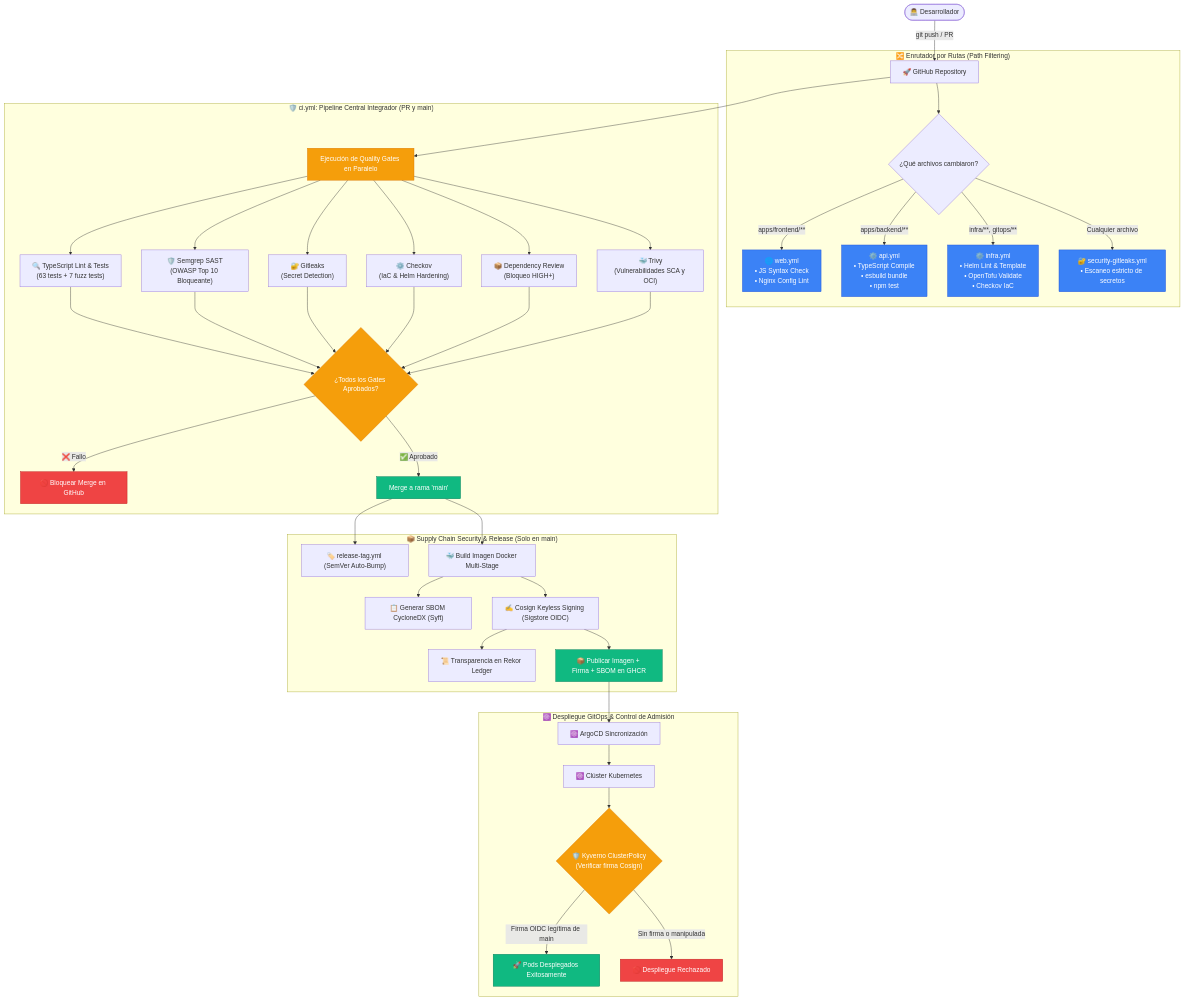
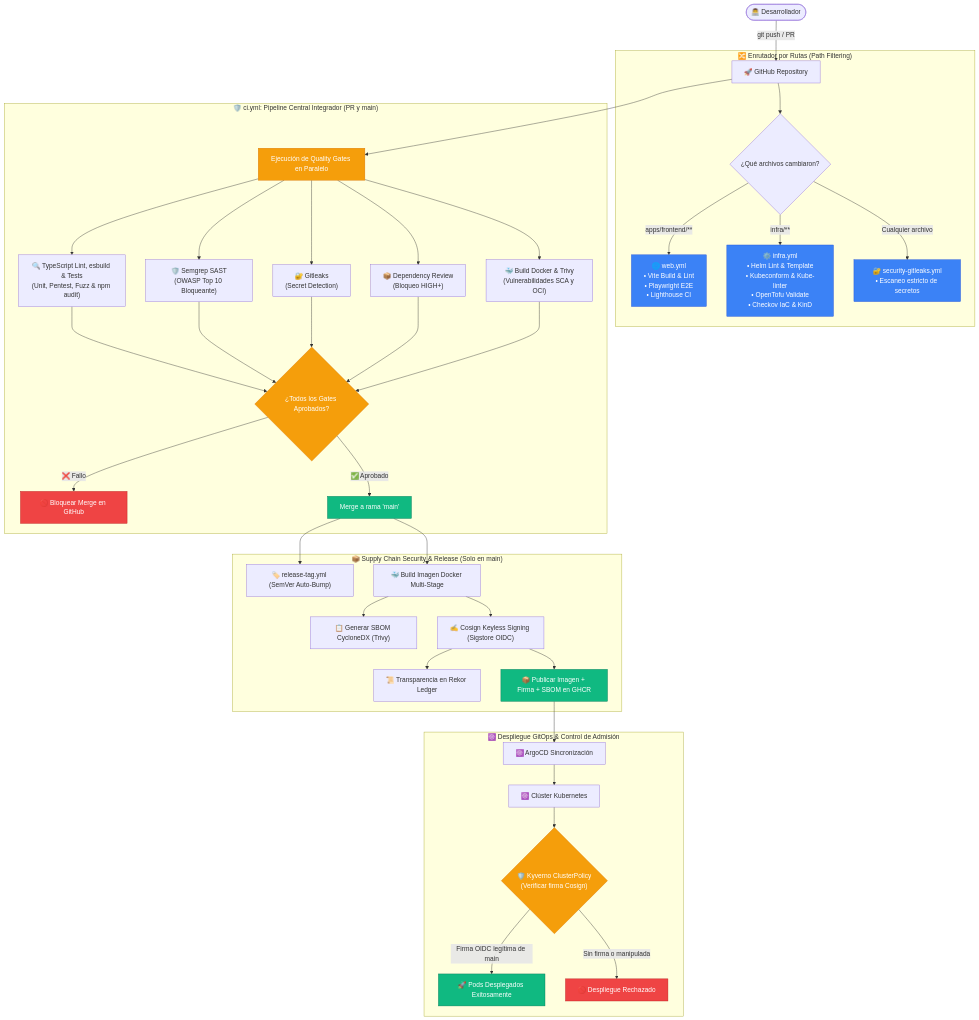
Before and after one commit to rocapellino/pokedex: the diagram in docs/devops/GITHUB_WORKFLOWS_GUIDE.md, drawn with Mermaid. The commit also changed other lines of this file and 12 other files, not shown here.

````diff
--- a/docs/devops/GITHUB_WORKFLOWS_GUIDE.md
+++ b/docs/devops/GITHUB_WORKFLOWS_GUIDE.md
@@ -43,53 +41,51 @@
 ```mermaid
 flowchart TD
     DEV(["👨‍💻 Desarrollador"]) -->|git push / PR| GH["🚀 GitHub Repository"]
     
     subgraph TRIGGER_ROUTER ["🔀 Enrutador por Rutas (Path Filtering)"]
         GH --> CHK_PATH{"¿Qué archivos cambiaron?"}
-        CHK_PATH -->|apps/frontend/**| WF_WEB["🌐 web.yml\n• JS Syntax Check\n• Nginx Config Lint"]
-        CHK_PATH -->|apps/backend/**| WF_API["⚙️ api.yml\n• TypeScript Compile\n• esbuild bundle\n• npm test"]
-        CHK_PATH -->|infra/**, gitops/**| WF_INFRA["⚙️ infra.yml\n• Helm Lint & Template\n• OpenTofu Validate\n• Checkov IaC"]
+        CHK_PATH -->|apps/frontend/**| WF_WEB["🌐 web.yml\n• Vite Build & Lint\n• Playwright E2E\n• Lighthouse CI"]
+        CHK_PATH -->|infra/**| WF_INFRA["⚙️ infra.yml\n• Helm Lint & Template\n• Kubeconform & Kube-linter\n• OpenTofu Validate\n• Checkov IaC & KinD"]
         CHK_PATH -->|Cualquier archivo| WF_LEAKS["🔐 security-gitleaks.yml\n• Escaneo estricto de secretos"]
     end
 
     subgraph CI_PIPELINE ["🛡️ ci.yml: Pipeline Central Integrador (PR y main)"]
         GH --> GATES_PARALLEL["Ejecución de Quality Gates en Paralelo"]
-        GATES_PARALLEL --> QG1["🔍 TypeScript Lint & Tests\n(63 tests + 7 fuzz tests)"]
+        GATES_PARALLEL --> QG1["🔍 TypeScript Lint, esbuild & Tests\n(Unit, Pentest, Fuzz & npm audit)"]
         GATES_PARALLEL --> QG2["🛡️ Semgrep SAST\n(OWASP Top 10 Bloqueante)"]
         GATES_PARALLEL --> QG3["🔐 Gitleaks\n(Secret Detection)"]
-        GATES_PARALLEL --> QG4["⚙️ Checkov\n(IaC & Helm Hardening)"]
-        GATES_PARALLEL --> QG5["📦 Dependency Review\n(Bloqueo HIGH+)"]
-        GATES_PARALLEL --> QG6["🐳 Trivy\n(Vulnerabilidades SCA y OCI)"]
+        GATES_PARALLEL --> QG4["📦 Dependency Review\n(Bloqueo HIGH+)"]
+        GATES_PARALLEL --> QG5["🐳 Build Docker & Trivy\n(Vulnerabilidades SCA y OCI)"]
         
-        QG1 & QG2 & QG3 & QG4 & QG5 & QG6 --> GATE_DECISION{"¿Todos los Gates Aprobados?"}
+        QG1 & QG2 & QG3 & QG4 & QG5 --> GATE_DECISION{"¿Todos los Gates Aprobados?"}
         GATE_DECISION -->|❌ Fallo| BLOCK_PR["🚫 Bloquear Merge en GitHub"]
         GATE_DECISION -->|✅ Aprobado| MERGE_MAIN["Merge a rama 'main'"]
     end
 
     subgraph SUPPLY_CHAIN ["📦 Supply Chain Security & Release (Solo en main)"]
         MERGE_MAIN --> BUMP["🏷️ release-tag.yml (SemVer Auto-Bump)"]
         MERGE_MAIN --> DOCKER_BUILD["🐳 Build Imagen Docker Multi-Stage"]
-        DOCKER_BUILD --> SYFT_SBOM["📋 Generar SBOM CycloneDX (Syft)"]
+        DOCKER_BUILD --> SYFT_SBOM["📋 Generar SBOM CycloneDX (Trivy)"]
         DOCKER_BUILD --> COSIGN_SIGN["✍️ Cosign Keyless Signing (Sigstore OIDC)"]
         COSIGN_SIGN --> REKOR["📜 Transparencia en Rekor Ledger"]
         COSIGN_SIGN --> PUSH_GHCR["📦 Publicar Imagen + Firma + SBOM en GHCR"]
     end
 
     subgraph DEPLOYMENT ["☸️ Despliegue GitOps & Control de Admisión"]
         PUSH_GHCR --> ARGO["☸️ ArgoCD Sincronización"]
         ARGO --> K8S["☸️ Clúster Kubernetes"]
         K8S --> KYVERNO{"🛡️ Kyverno ClusterPolicy\n(Verificar firma Cosign)"}
         KYVERNO -->|Firma OIDC legítima de main| DEPLOY_OK["🚀 Pods Desplegados Exitosamente"]
         KYVERNO -->|Sin firma o manipulada| DEPLOY_FAIL["🚫 Despliegue Rechazado"]
     end
 
     classDef normal fill:#3b82f6,stroke:#1d4ed8,color:#fff;
     classDef gate fill:#f59e0b,stroke:#d97706,color:#fff;
     classDef success fill:#10b981,stroke:#047857,color:#fff;
     classDef error fill:#ef4444,stroke:#b91c1c,color:#fff;
 
-    class WF_WEB,WF_API,WF_INFRA,WF_LEAKS normal;
+    class WF_WEB,WF_INFRA,WF_LEAKS normal;
     class GATES_PARALLEL,GATE_DECISION,KYVERNO gate;
     class MERGE_MAIN,PUSH_GHCR,DEPLOY_OK success;
     class BLOCK_PR,DEPLOY_FAIL error;
 ```
````
